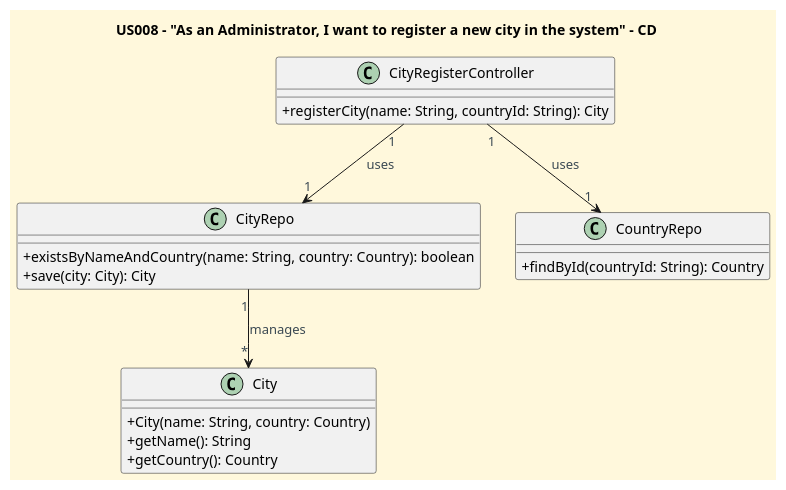
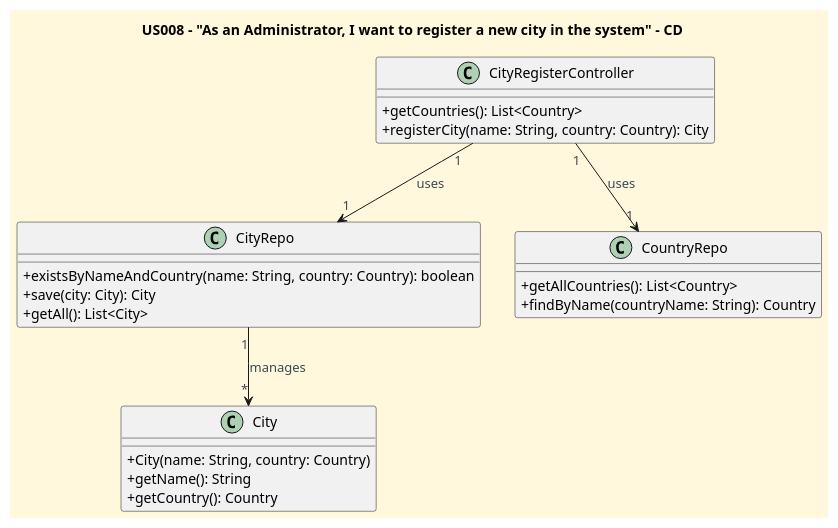
Before and after one commit to CarolinaLeite-collab/JavaMarketplacePlatform: the diagram in docs/userStories/US008/US008_register_a_city_CD.puml, drawn with PlantUML. The commit also changed 1 other file, not shown here.

```diff
--- a/docs/userStories/US008/US008_register_a_city_CD.puml
+++ b/docs/userStories/US008/US008_register_a_city_CD.puml
@@ -1,38 +1,41 @@
 @startuml
 'https://plantuml.com/class-diagram
 title US008 – "As an Administrator, I want to register a new city in the system" – CD
 
 '==== basic style ====
 skinparam monochrome false
 skinparam shadowing false
 skinparam defaultFontName Futura
 skinparam objectFontSize 20
 skinparam backgroundColor CornSilk
 skinparam objectBackgroundColor WhiteSmoke
 skinparam noteBackgroundColor #FFFFE0
 skinparam ArrowFontColor #3B4953
 skinparam classAttributeIconSize 0
 
 class City {
   + City(name: String, country: Country)
   + getName(): String
   + getCountry(): Country
 }
 
 class CityRepo {
   + existsByNameAndCountry(name: String, country: Country): boolean
   + save(city: City): City
+  + getAll(): List<City>
 }
 
 class CountryRepo {
-  + findById(countryId: String): Country
+  + getAllCountries(): List<Country>
+  + findByName(countryName: String): Country
 }
 
 class CityRegisterController {
-  + registerCity(name: String, countryId: String): City
+  + getCountries(): List<Country>
+  + registerCity(name: String, country: Country): City
 }
 
 CityRegisterController "1" --> "1" CountryRepo : uses
 CityRegisterController "1" --> "1" CityRepo : uses
 CityRepo "1" --> "*" City : manages
 @enduml
```
